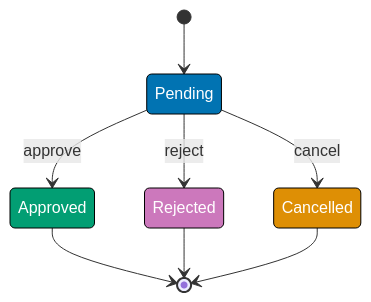
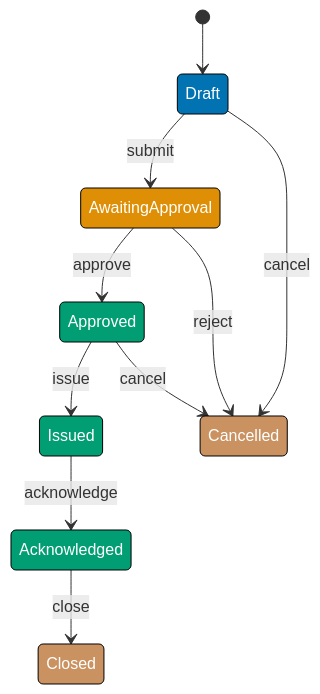
One commit to wahidyankf/open-sharia-enterprise changed the diagram in apps/ayokoding-web/content/en/learn/software-engineering/architecture/finite-state-machine-fsm/by-example/beginner.md. Above: the diagram before and after it, drawn with Mermaid. The commit also changed other lines of this file and 38 other files, not shown here.

First line of the commit message:
docs(ayokoding-web): unify architecture tutorials on shared P2P domain

````diff
--- a/apps/ayokoding-web/content/en/learn/software-engineering/architecture/finite-state-machine-fsm/by-example/beginner.md
+++ b/apps/ayokoding-web/content/en/learn/software-engineering/architecture/finite-state-machine-fsm/by-example/beginner.md
@@ -441,20 +18,23 @@
 ```mermaid
 stateDiagram-v2
-    [*] --> Pending
-    Pending --> Approved: approve
-    Pending --> Rejected: reject
-    Pending --> Cancelled: cancel
-    Approved --> [*]
-    Rejected --> [*]
-    Cancelled --> [*]
+    [*] --> Draft
+    Draft --> AwaitingApproval: submit
+    AwaitingApproval --> Approved: approve
+    AwaitingApproval --> Cancelled: reject
+    Approved --> Issued: issue
+    Issued --> Acknowledged: acknowledge
+    Acknowledged --> Closed: close
+    Draft --> Cancelled: cancel
+    Approved --> Cancelled: cancel
 
-    classDef pendingState fill:#0173B2,stroke:#000,color:#fff
-    classDef approvedState fill:#029E73,stroke:#000,color:#fff
-    classDef rejectedState fill:#CC78BC,stroke:#000,color:#fff
-    classDef cancelledState fill:#DE8F05,stroke:#000,color:#fff
+    classDef draft fill:#0173B2,stroke:#000,color:#fff
+    classDef waiting fill:#DE8F05,stroke:#000,color:#fff
+    classDef approved fill:#029E73,stroke:#000,color:#fff
+    classDef terminal fill:#CA9161,stroke:#000,color:#fff
 
-    class Pending pendingState
-    class Approved approvedState
-    class Rejected rejectedState
-    class Cancelled cancelledState
+    class Draft draft
+    class AwaitingApproval waiting
+    class Approved approved
+    class Issued,Acknowledged approved
+    class Closed,Cancelled terminal
 ```
````
